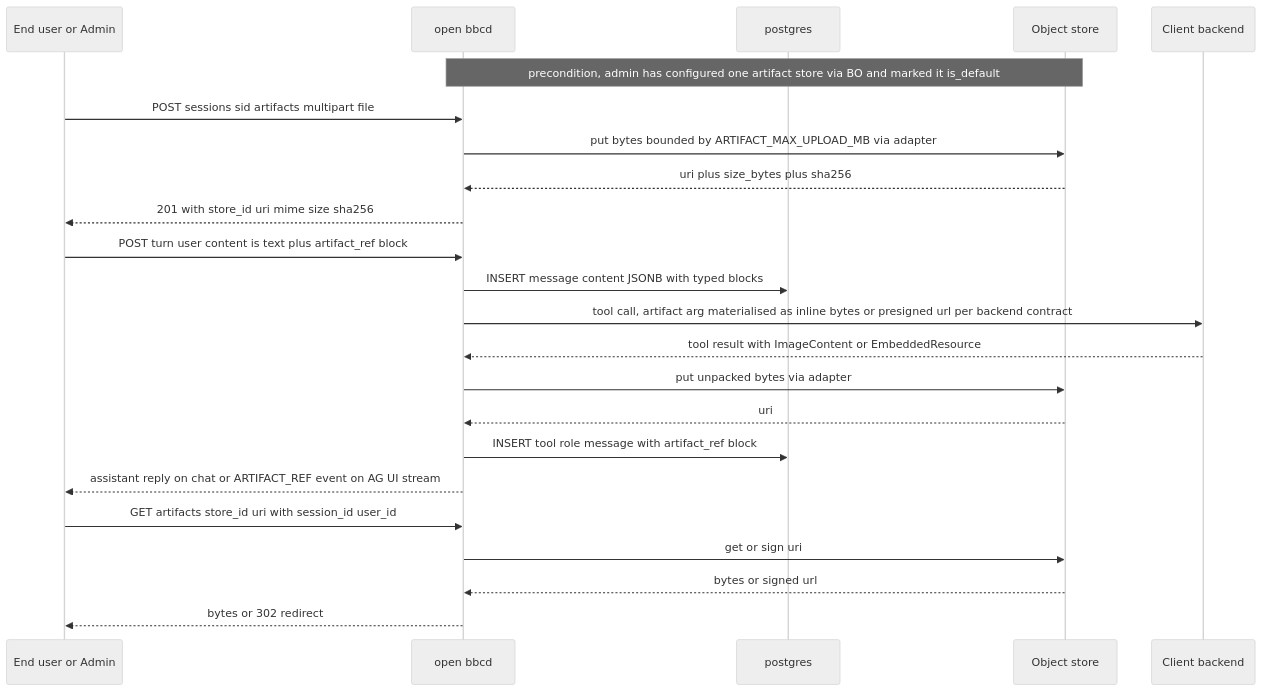
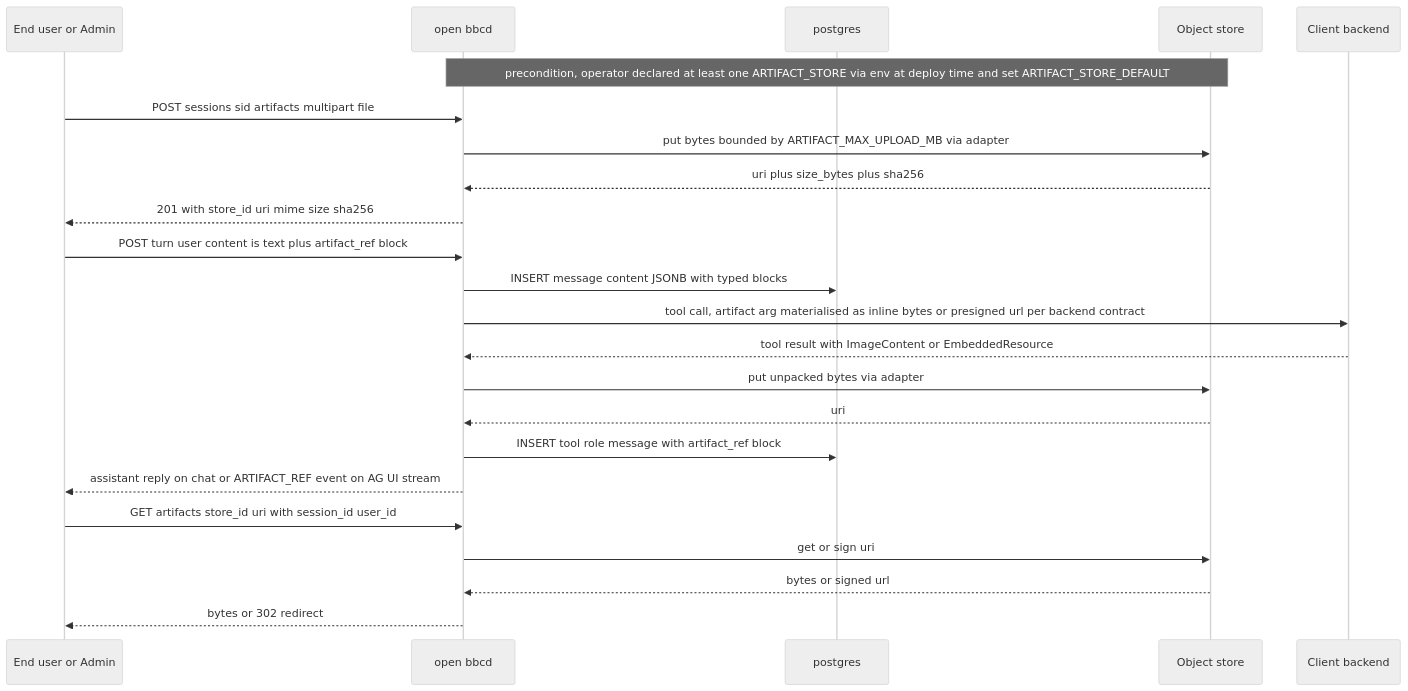
One commit to DACdigital/openbbc-docs changed the fifth of 6 diagrams in docs/architecture/current/c4/data-flows.md. Above: the diagram before and after it, drawn with Mermaid (neutral theme). The commit also changed 13 other files, not shown here.

First line of the commit message:
arch: amend artifact-support — env-only store registry, drop REST/BO config surface

````diff
--- a/docs/architecture/current/c4/data-flows.md
+++ b/docs/architecture/current/c4/data-flows.md
@@ -130,28 +130,28 @@
 ```mermaid
 sequenceDiagram
     participant User as End user or Admin
     participant OBBCD as open bbcd
     participant DB as postgres
     participant STORE as Object store
     participant BE as Client backend
 
-    Note over OBBCD, STORE: precondition, admin has configured one artifact store via BO and marked it is_default
+    Note over OBBCD, STORE: precondition, operator declared at least one ARTIFACT_STORE via env at deploy time and set ARTIFACT_STORE_DEFAULT
     User->>OBBCD: POST sessions sid artifacts multipart file
     OBBCD->>STORE: put bytes bounded by ARTIFACT_MAX_UPLOAD_MB via adapter
     STORE-->>OBBCD: uri plus size_bytes plus sha256
     OBBCD-->>User: 201 with store_id uri mime size sha256
 
     User->>OBBCD: POST turn user content is text plus artifact_ref block
     OBBCD->>DB: INSERT message content JSONB with typed blocks
     OBBCD->>BE: tool call, artifact arg materialised as inline bytes or presigned url per backend contract
     BE-->>OBBCD: tool result with ImageContent or EmbeddedResource
     OBBCD->>STORE: put unpacked bytes via adapter
     STORE-->>OBBCD: uri
     OBBCD->>DB: INSERT tool role message with artifact_ref block
 
     OBBCD-->>User: assistant reply on chat or ARTIFACT_REF event on AG UI stream
     User->>OBBCD: GET artifacts store_id uri with session_id user_id
     OBBCD->>STORE: get or sign uri
     STORE-->>OBBCD: bytes or signed url
     OBBCD-->>User: bytes or 302 redirect
 ```
````
